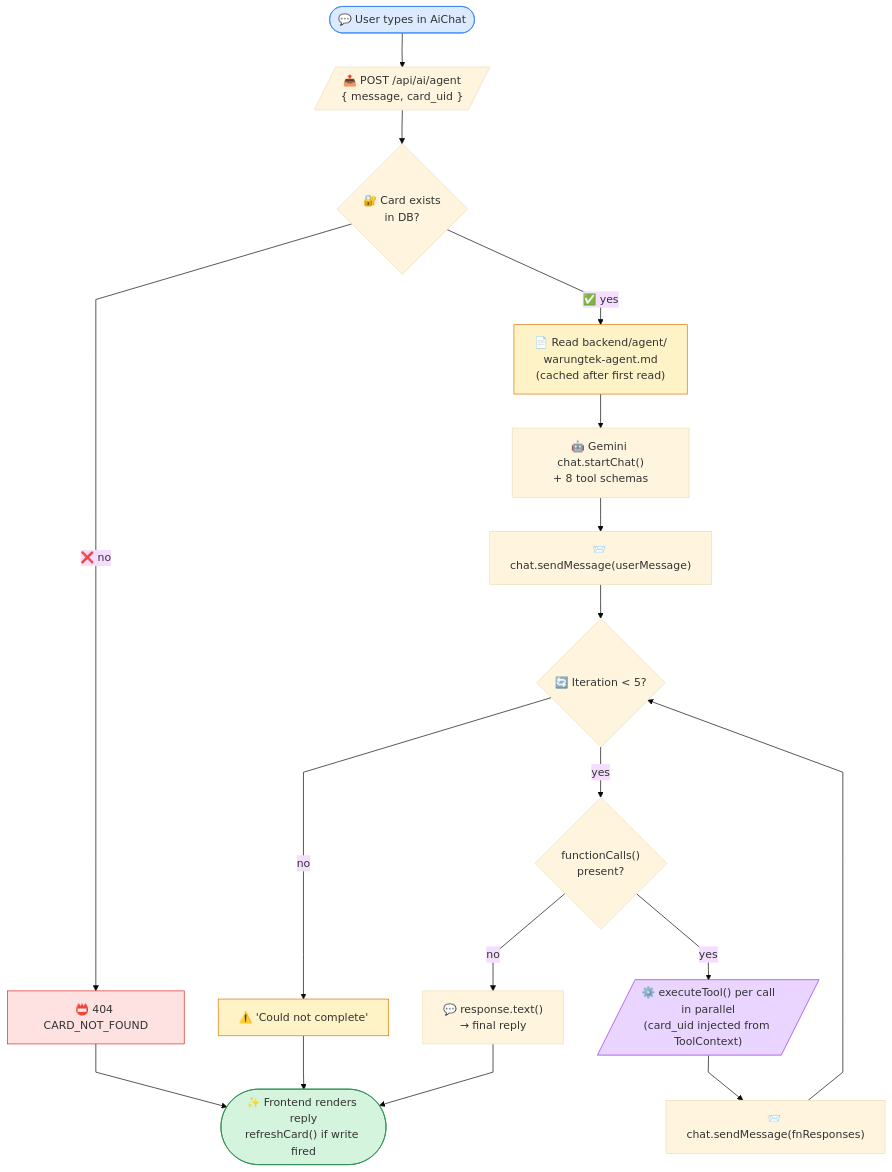
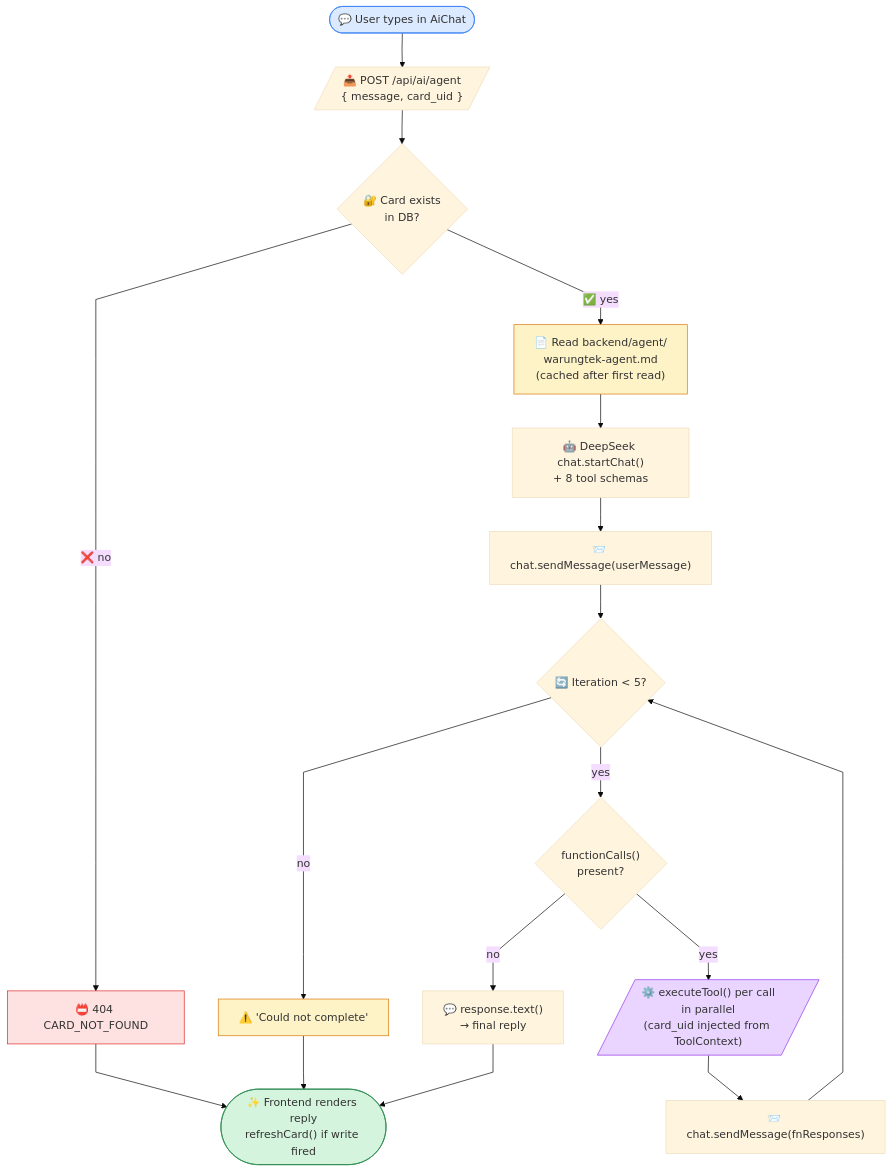
One commit to GILZ3103/claude_project changed the second of 11 diagrams in docs/_archive/WEBSITE_FEATURES.md. Above: the diagram before and after it, drawn with Mermaid (base theme). The commit also changed other lines of this file and 42 other files, not shown here.

````diff
--- a/docs/_archive/WEBSITE_FEATURES.md
+++ b/docs/_archive/WEBSITE_FEATURES.md
@@ -277,28 +277,28 @@
 ```mermaid
 %%{init: {"flowchart": {"curve": "linear"}} }%%
 flowchart TB
     Start(["💬 User types in AiChat"])
     Start --> Post[/"📤 POST /api/ai/agent<br/>{ message, card_uid }"/]
     Post --> Verify{"🔐 Card exists<br/>in DB?"}
     Verify -->|❌ no| Err404["📛 404 CARD_NOT_FOUND"]
     Verify -->|✅ yes| Persona["📄 Read backend/agent/<br/>warungtek-agent.md<br/>(cached after first read)"]
-    Persona --> Init["🤖 Gemini chat.startChat()<br/>+ 8 tool schemas"]
+    Persona --> Init["🤖 DeepSeek chat.startChat()<br/>+ 8 tool schemas"]
     Init --> Send["📨 chat.sendMessage(userMessage)"]
     Send --> Loop{"🔄 Iteration < 5?"}
     Loop -->|no| Fallback["⚠️ 'Could not complete'"]
     Loop -->|yes| Calls{"functionCalls()<br/>present?"}
     Calls -->|no| Reply["💬 response.text()<br/>→ final reply"]
     Calls -->|yes| Exec[/"⚙️ executeTool() per call<br/>in parallel<br/>(card_uid injected from ToolContext)"/]
     Exec --> Back["📨 chat.sendMessage(fnResponses)"]
     Back --> Loop
     Reply --> Done(["✨ Frontend renders reply<br/>refreshCard() if write fired"])
     Err404 --> Done
     Fallback --> Done
 
     style Start fill:#dbeafe,stroke:#3b82f6
     style Done fill:#d4f4dd,stroke:#2d8a4f
     style Err404 fill:#fee2e2,stroke:#dc2626
     style Fallback fill:#fef3c7,stroke:#d97706
     style Persona fill:#fef3c7,stroke:#d97706
     style Exec fill:#e9d5ff,stroke:#9333ea
 ```
````
